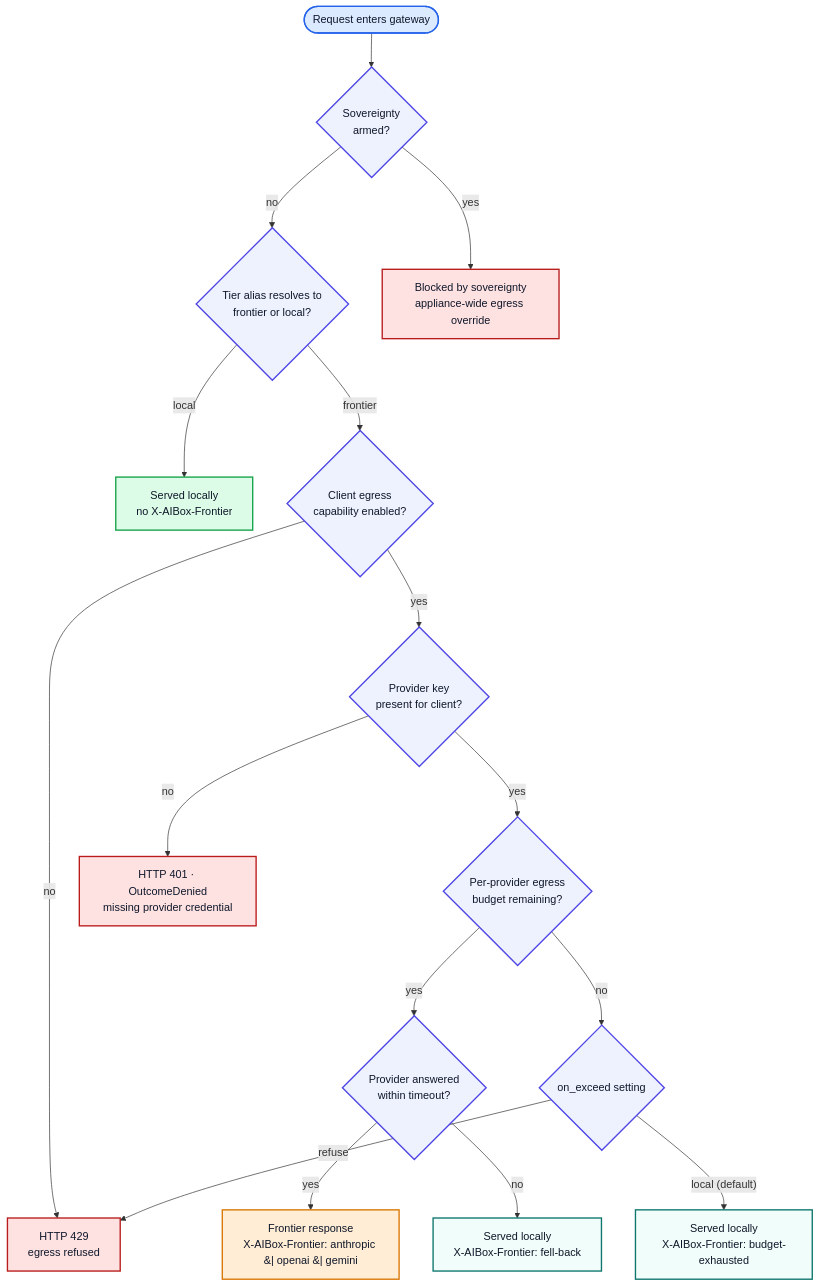
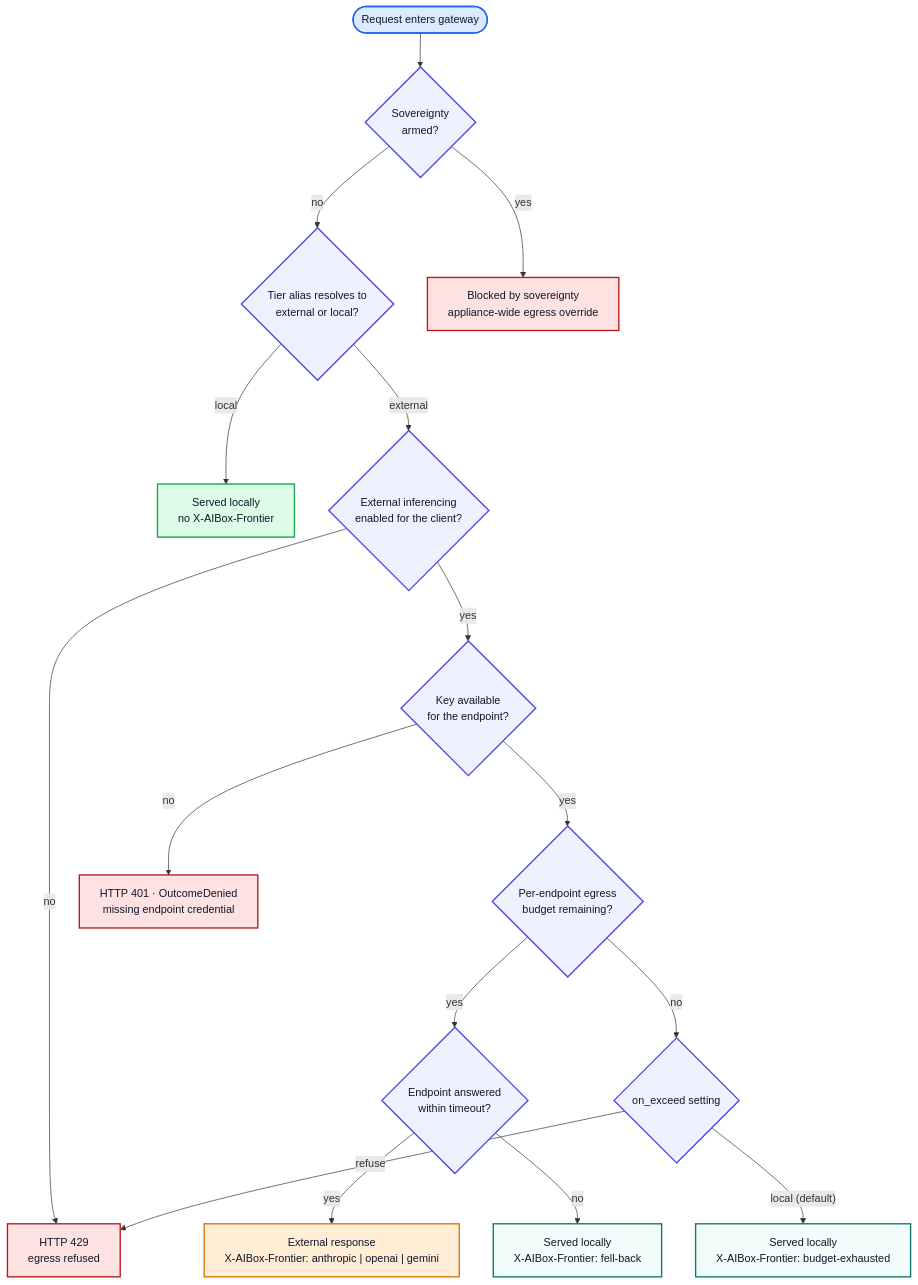
Before and after one commit to spectrocloud/librarium: the diagram in docs/products/paletteai-inference-launchpad/explanation/mermaid/frontier-providers-decision.mmd, drawn with Mermaid. The commit also changed 12 other files, not shown here.

First line of the commit message:
docs: update external inferencing for Integrations

```diff
--- a/docs/products/paletteai-inference-launchpad/explanation/mermaid/frontier-providers-decision.mmd
+++ b/docs/products/paletteai-inference-launchpad/explanation/mermaid/frontier-providers-decision.mmd
@@ -1,48 +1,49 @@
+%%{init: {"flowchart": {"wrappingWidth": 320}}}%%
 flowchart TD
     ingress([Request enters gateway]):::start
     sovereignty{Sovereignty<br/>armed?}:::decision
-    tier{Tier alias resolves to<br/>frontier or local?}:::decision
+    tier{Tier alias resolves to<br/>external or local?}:::decision
 
     blocked_sovereignty[Blocked by sovereignty<br/>appliance-wide egress override]:::deny
     served_local[Served locally<br/>no X-AIBox-Frontier]:::local
 
-    egress_cap{Client egress<br/>capability enabled?}:::decision
-    key_present{Provider key<br/>present for client?}:::decision
-    budget{Per-provider egress<br/>budget remaining?}:::decision
-    provider_ok{Provider answered<br/>within timeout?}:::decision
+    egress_cap{External inferencing<br/>enabled for the client?}:::decision
+    key_present{Key available<br/>for the endpoint?}:::decision
+    budget{Per-endpoint egress<br/>budget remaining?}:::decision
+    endpoint_ok{Endpoint answered<br/>within timeout?}:::decision
     on_exceed{on_exceed setting}:::decision
 
-    denied_no_key[HTTP 401 · OutcomeDenied<br/>missing provider credential]:::deny
+    denied_no_key[HTTP 401 · OutcomeDenied<br/>missing endpoint credential]:::deny
     refused[HTTP 429<br/>egress refused]:::deny
-    served_frontier[Frontier response<br/>X-AIBox-Frontier: anthropic &#124; openai &#124; gemini]:::frontier
-    provider_fell_back[Served locally<br/>X-AIBox-Frontier: fell-back]:::fallback
+    served_external[External response<br/>X-AIBox-Frontier: anthropic #124; openai #124; gemini]:::external
+    endpoint_fell_back[Served locally<br/>X-AIBox-Frontier: fell-back]:::fallback
     budget_fell_back[Served locally<br/>X-AIBox-Frontier: budget-exhausted]:::fallback
 
     ingress --> sovereignty
     sovereignty -- yes --> blocked_sovereignty
     sovereignty -- no --> tier
 
     tier -- local --> served_local
-    tier -- frontier --> egress_cap
+    tier -- external --> egress_cap
 
     egress_cap -- no --> refused
     egress_cap -- yes --> key_present
 
     key_present -- no --> denied_no_key
     key_present -- yes --> budget
 
-    budget -- yes --> provider_ok
+    budget -- yes --> endpoint_ok
     budget -- no --> on_exceed
 
-    provider_ok -- yes --> served_frontier
-    provider_ok -- no --> provider_fell_back
+    endpoint_ok -- yes --> served_external
+    endpoint_ok -- no --> endpoint_fell_back
 
     on_exceed -- "local (default)" --> budget_fell_back
     on_exceed -- refuse --> refused
 
     classDef start fill:#dbeafe,stroke:#2563eb,color:#0f172a,stroke-width:2px;
     classDef decision fill:#eef2ff,stroke:#4f46e5,color:#0f172a,stroke-width:2px;
     classDef local fill:#dcfce7,stroke:#16a34a,color:#0f172a,stroke-width:2px;
-    classDef frontier fill:#ffedd5,stroke:#d97706,color:#0f172a,stroke-width:2px;
+    classDef external fill:#ffedd5,stroke:#d97706,color:#0f172a,stroke-width:2px;
     classDef fallback fill:#f0fdfa,stroke:#0f766e,color:#0f172a,stroke-width:2px;
     classDef deny fill:#fee2e2,stroke:#b91c1c,color:#0f172a,stroke-width:2px;
```
